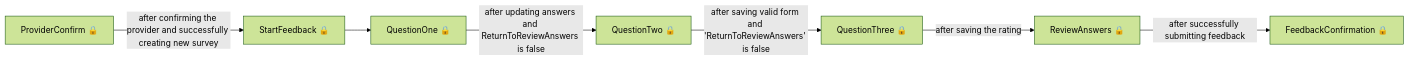
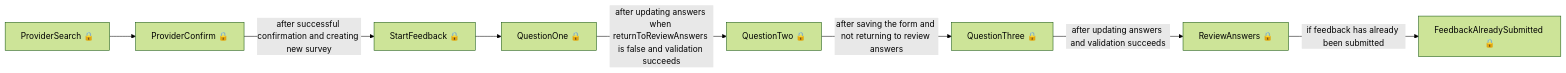
One commit to talentconsulting/atlas-dfe changed the third of 4 diagrams in das-employer-feedback-web/user-journeys/user-journeys.md. Above: the diagram before and after it, drawn with Mermaid (forest theme). The commit also changed other lines of this file and 22 other files, not shown here.

````diff
--- a/das-employer-feedback-web/user-journeys/user-journeys.md
+++ b/das-employer-feedback-web/user-journeys/user-journeys.md
@@ -19,9 +47,10 @@
 ```mermaid
 flowchart LR
-  p0["ProviderConfirm 🔒"] -->|"after confirming the provider and successfully creating new survey"| p1["StartFeedback 🔒"]
-  p1["StartFeedback 🔒"] --> p2["QuestionOne 🔒"]
-  p2["QuestionOne 🔒"] -->|"after updating answers and ReturnToReviewAnswers is false"| p3["QuestionTwo 🔒"]
-  p3["QuestionTwo 🔒"] -->|"after saving valid form and 'ReturnToReviewAnswers' is false"| p4["QuestionThree 🔒"]
-  p4["QuestionThree 🔒"] -->|"after saving the rating"| p5["ReviewAnswers 🔒"]
-  p5["ReviewAnswers 🔒"] -->|"after successfully submitting feedback"| p6["FeedbackConfirmation 🔒"]
+  p0["ProviderSearch 🔒"] --> p1["ProviderConfirm 🔒"]
+  p1["ProviderConfirm 🔒"] -->|"after successful confirmation and creating new survey"| p2["StartFeedback 🔒"]
+  p2["StartFeedback 🔒"] --> p3["QuestionOne 🔒"]
+  p3["QuestionOne 🔒"] -->|"after updating answers when returnToReviewAnswers is false and validation succeeds"| p4["QuestionTwo 🔒"]
+  p4["QuestionTwo 🔒"] -->|"after saving the form and not returning to review answers"| p5["QuestionThree 🔒"]
+  p5["QuestionThree 🔒"] -->|"after updating answers and validation succeeds"| p6["ReviewAnswers 🔒"]
+  p6["ReviewAnswers 🔒"] -->|"if feedback has already been submitted"| p7["FeedbackAlreadySubmitted 🔒"]
 ```
````
